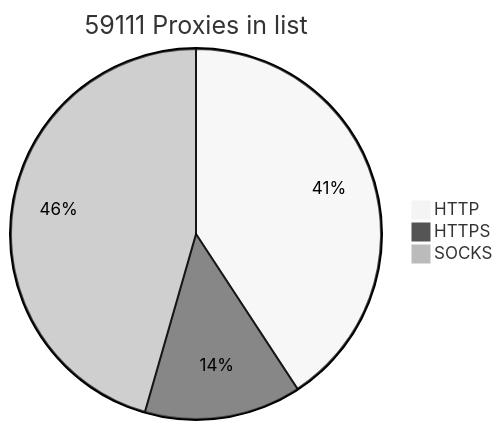
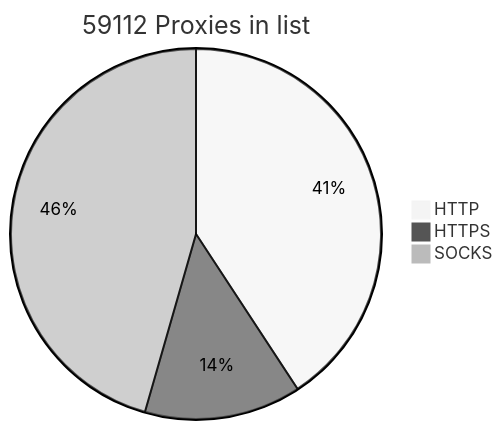
Before and after one commit to BlackSnowDot/proxylist-update-every-minute: the diagram in README.md, drawn with Mermaid (neutral theme).

````diff
--- a/README.md
+++ b/README.md
@@ -2,6 +2,6 @@
 ```mermaid
-pie title 59111 Proxies in list
+pie title 59112 Proxies in list
     "HTTP" : 27155
     "HTTPS": 9113
-    "SOCKS" : 30341
+    "SOCKS" : 30342
 ```
````
